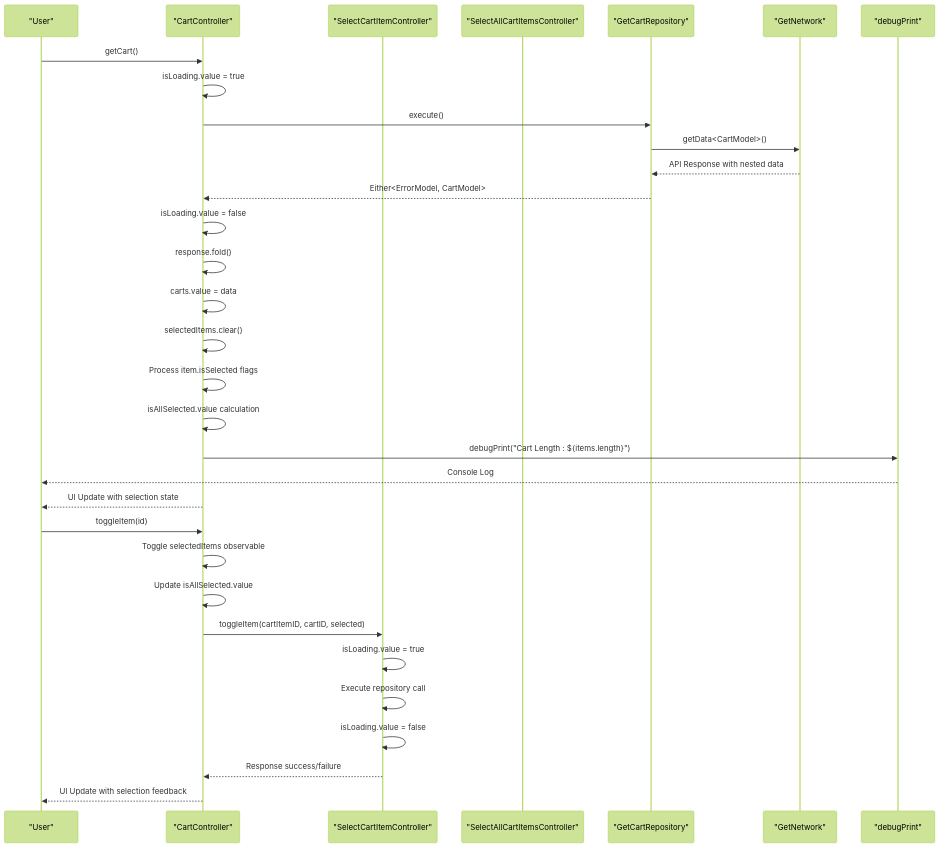
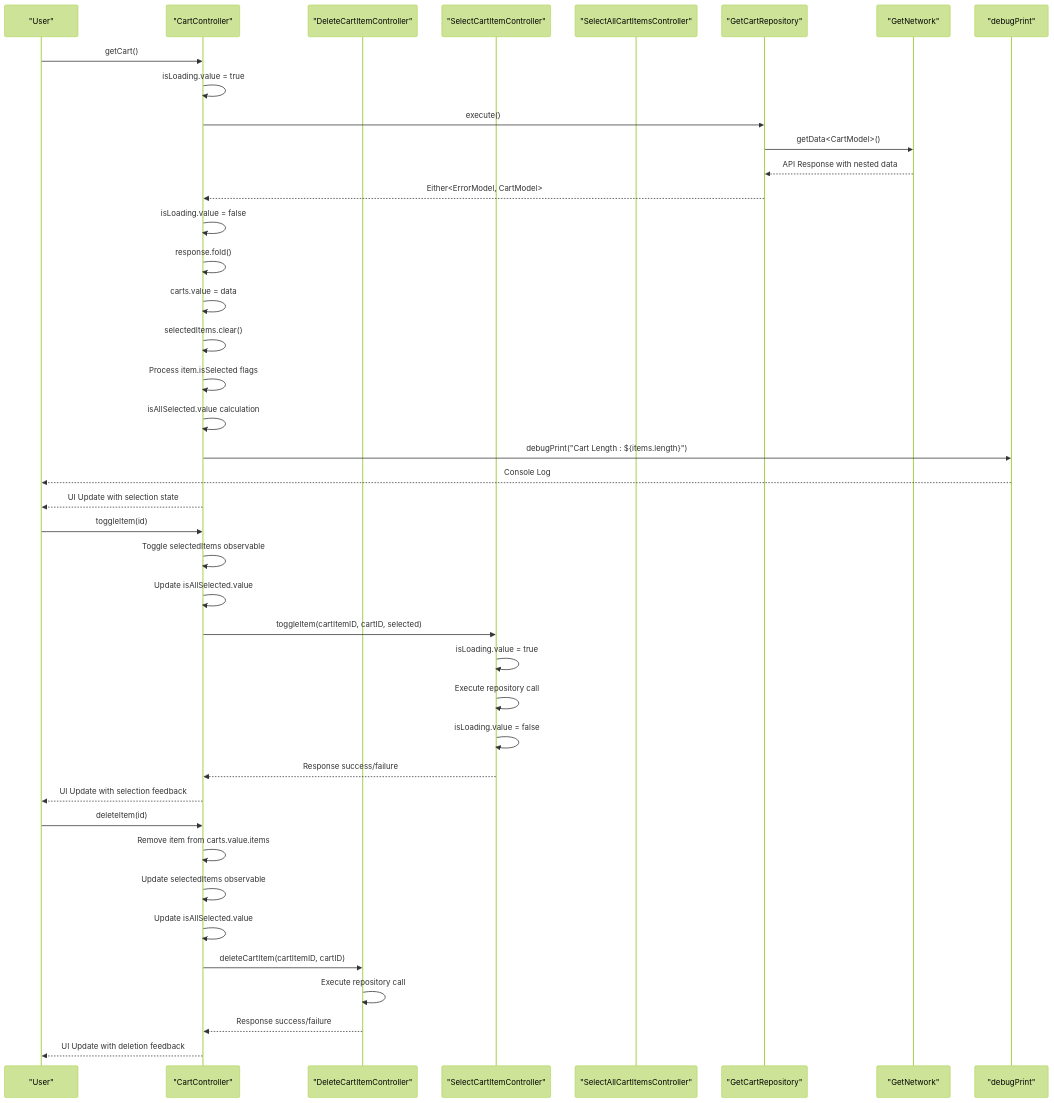
One commit to Ariful3111/FurniGo changed the third of 22 diagrams in .qoder/repowiki/en/content/Core Features/E-commerce Platform/Shopping Cart System.md. Above: the diagram before and after it, drawn with Mermaid (forest theme). The commit also changed other lines of this file and 7 other files, not shown here.

````diff
--- a/.qoder/repowiki/en/content/Core Features/E-commerce Platform/Shopping Cart System.md
+++ b/.qoder/repowiki/en/content/Core Features/E-commerce Platform/Shopping Cart System.md
@@ -202,34 +226,43 @@
 ```mermaid
 sequenceDiagram
 participant User as "User"
 participant Controller as "CartController"
+participant DeleteController as "DeleteCartItemController"
 participant SelectItemController as "SelectCartItemController"
 participant SelectAllController as "SelectAllCartItemsController"
 participant Repository as "GetCartRepository"
 participant Network as "GetNetwork"
 participant Debug as "debugPrint"
 User->>Controller : getCart()
 Controller->>Controller : isLoading.value = true
 Controller->>Repository : execute()
 Repository->>Network : getData<CartModel>()
 Network-->>Repository : API Response with nested data
 Repository-->>Controller : Either<ErrorModel, CartModel>
 Controller->>Controller : isLoading.value = false
 Controller->>Controller : response.fold()
 Controller->>Controller : carts.value = data
 Controller->>Controller : selectedItems.clear()
 Controller->>Controller : Process item.isSelected flags
 Controller->>Controller : isAllSelected.value calculation
 Controller->>Debug : debugPrint("Cart Length : ${items.length}")
 Debug-->>User : Console Log
 Controller-->>User : UI Update with selection state
 User->>Controller : toggleItem(id)
 Controller->>Controller : Toggle selectedItems observable
 Controller->>Controller : Update isAllSelected.value
 Controller->>SelectItemController : toggleItem(cartItemID, cartID, selected)
 SelectItemController->>SelectItemController : isLoading.value = true
 SelectItemController->>SelectItemController : Execute repository call
 SelectItemController->>SelectItemController : isLoading.value = false
 SelectItemController-->>Controller : Response success/failure
 Controller-->>User : UI Update with selection feedback
+User->>Controller : deleteItem(id)
+Controller->>Controller : Remove item from carts.value.items
+Controller->>Controller : Update selectedItems observable
+Controller->>Controller : Update isAllSelected.value
+Controller->>DeleteController : deleteCartItem(cartItemID, cartID)
+DeleteController->>DeleteController : Execute repository call
+DeleteController-->>Controller : Response success/failure
+Controller-->>User : UI Update with deletion feedback
 ```
````
